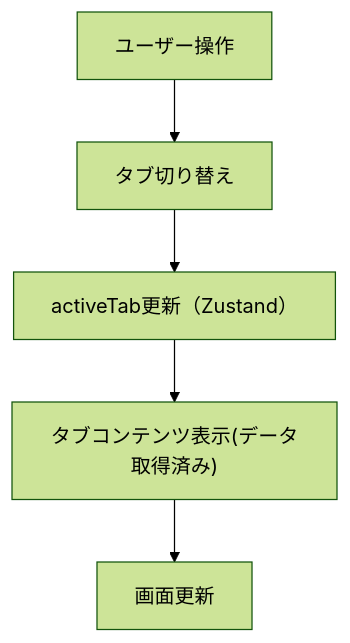
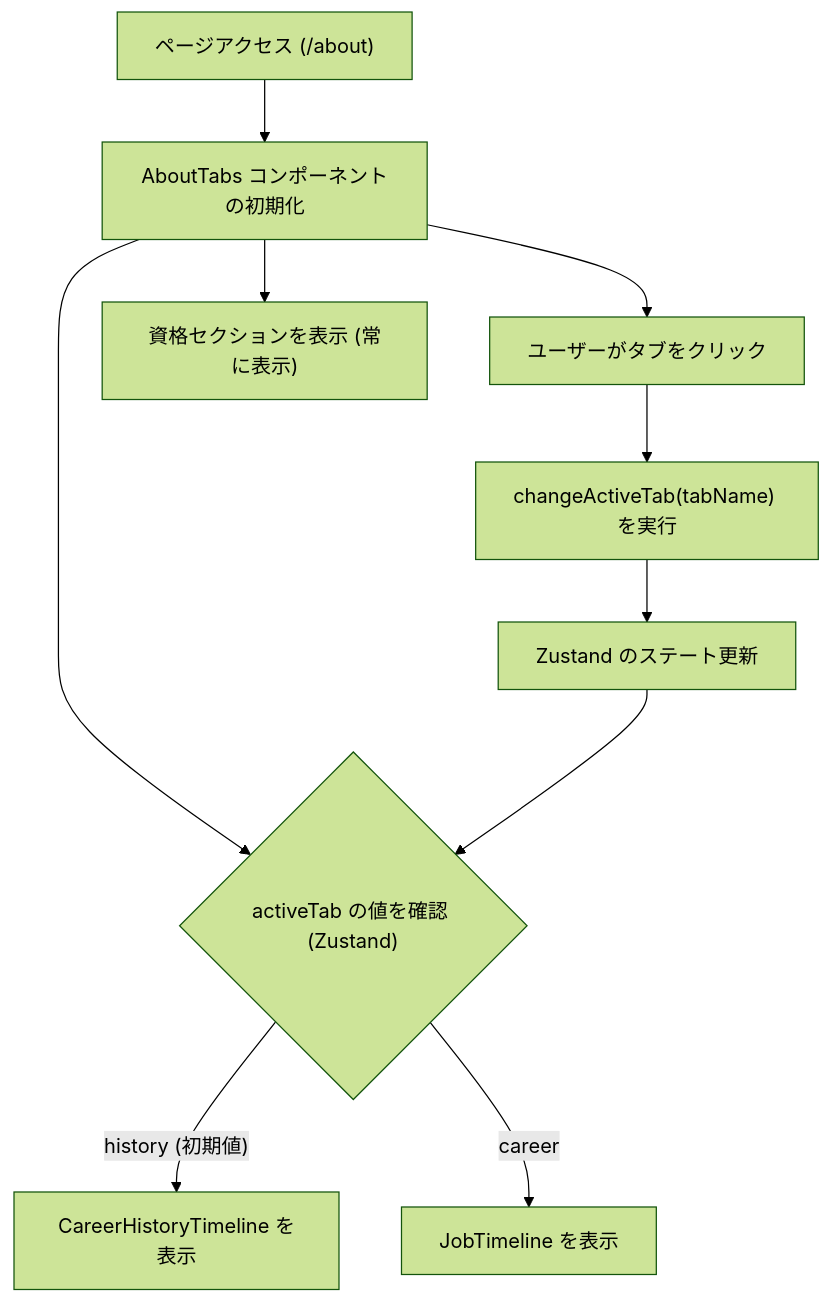
Before and after one commit to takoyan33/nextjs-portfolio: the diagram in docs/frontend/mermaid/about.mmd, drawn with Mermaid (forest theme). The commit also changed 13 other files, not shown here.

```diff
--- a/docs/frontend/mermaid/about.mmd
+++ b/docs/frontend/mermaid/about.mmd
@@ -1,5 +1,10 @@
 flowchart TD
-  A["ユーザー操作"] --> B["タブ切り替え"]
-  B --> C["activeTab更新（Zustand）"]
-  C --> D["タブコンテンツ表示(データ取得済み)"]
-  D --> E["画面更新"]
+  A["ページアクセス (/about)"] --> B["AboutTabs コンポーネントの初期化"]
+  B --> C{"activeTab の値を確認 (Zustand)"}
+  C -- "history (初期値)" --> D["CareerHistoryTimeline を表示"]
+  C -- "career" --> E["JobTimeline を表示"]
+  B --> F["ユーザーがタブをクリック"]
+  F --> G["changeActiveTab(tabName) を実行"]
+  G --> H["Zustand のステート更新"]
+  H --> C
+  B --> I["資格セクションを表示 (常に表示)"]
```
